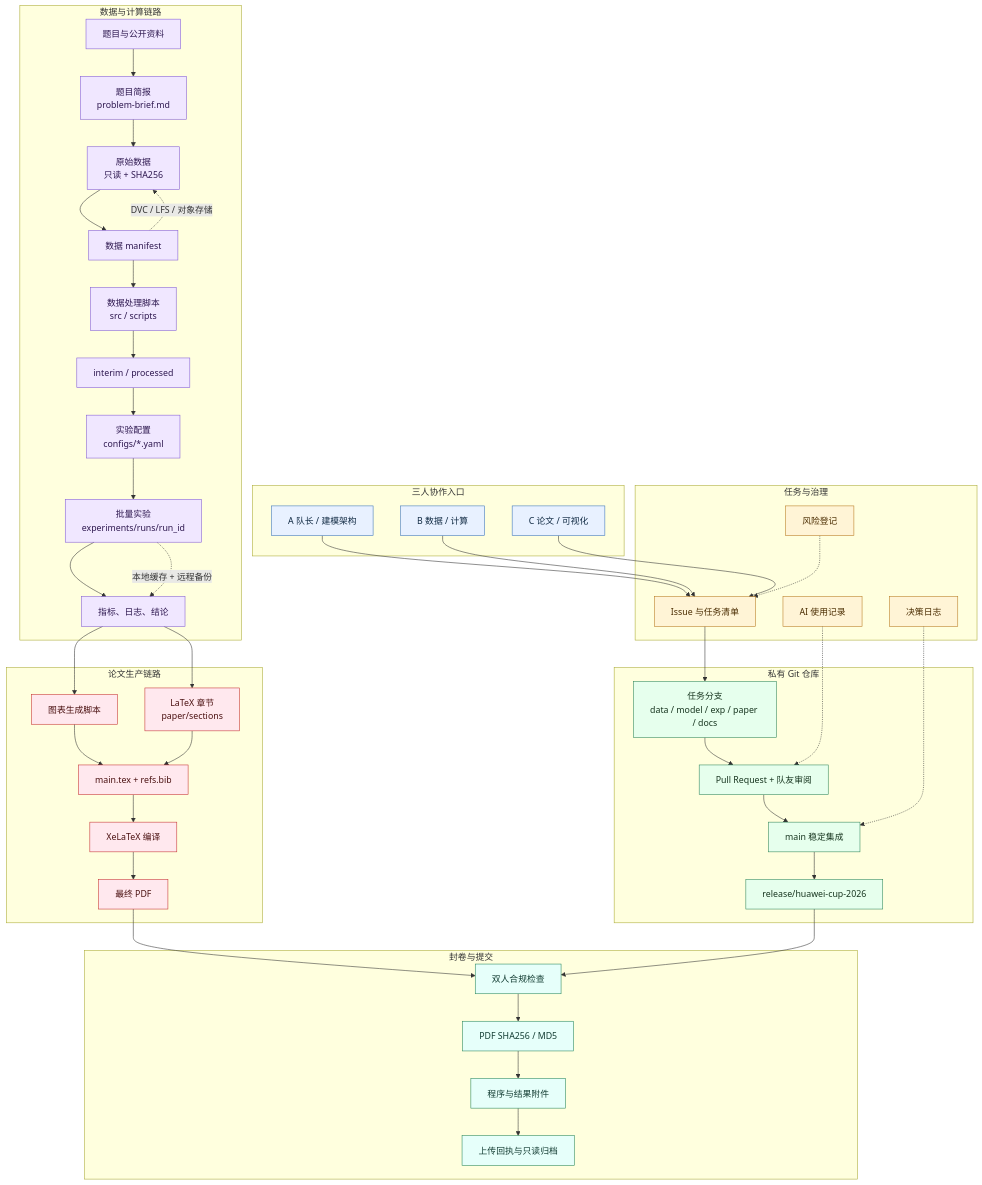
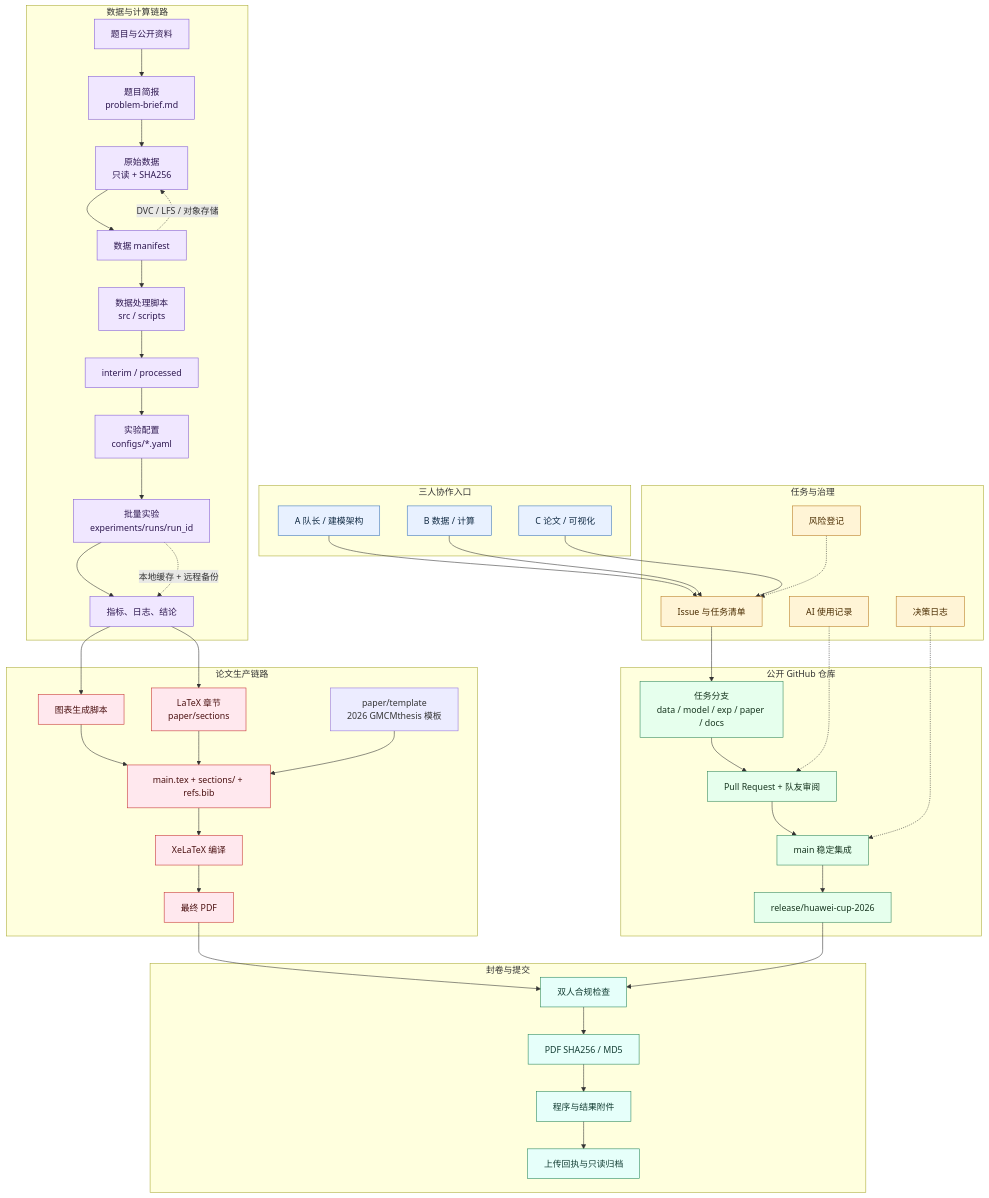
The diagram in docs/architecture-flow.mmd (2971793671-lgtm/huawei-cup-2026-team), drawn with Mermaid before and after one commit. The commit also changed 41 other files, not shown here.

Commit message:
paper: integrate 2026 Huawei Cup LaTeX template

```diff
--- a/docs/architecture-flow.mmd
+++ b/docs/architecture-flow.mmd
@@ -1,94 +1,96 @@
 flowchart TB
     subgraph TEAM[三人协作入口]
         A[A 队长 / 建模架构]
         B[B 数据 / 计算]
         C[C 论文 / 可视化]
     end
 
     subgraph CONTROL[任务与治理]
         ISSUE[Issue 与任务清单]
         DECISION[决策日志]
         AI[AI 使用记录]
         RISK[风险登记]
     end
 
-    subgraph GIT[私有 Git 仓库]
+    subgraph GIT[公开 GitHub 仓库]
         MAIN[main 稳定集成]
         BRANCH[任务分支<br/>data / model / exp / paper / docs]
         PR[Pull Request + 队友审阅]
         RELEASE[release/huawei-cup-2026]
     end
 
     subgraph DATA[数据与计算链路]
         PROBLEM[题目与公开资料]
         BRIEF[题目简报<br/>problem-brief.md]
         RAW[原始数据<br/>只读 + SHA256]
         MANIFEST[数据 manifest]
         PIPELINE[数据处理脚本<br/>src / scripts]
         CLEAN[interim / processed]
         CONFIG[实验配置<br/>configs/*.yaml]
         RUN[批量实验<br/>experiments/runs/run_id]
         METRIC[指标、日志、结论]
     end
 
     subgraph PAPER[论文生产链路]
         FIG[图表生成脚本]
         SECTIONS[LaTeX 章节<br/>paper/sections]
-        MAIN_TEX[main.tex + refs.bib]
+        MAIN_TEX[main.tex + sections/ + refs.bib]
+        TEMPLATE[paper/template<br/>2026 GMCMthesis 模板]
         XELATEX[XeLaTeX 编译]
         PDF[最终 PDF]
     end
 
     subgraph SUBMIT[封卷与提交]
         CHECK[双人合规检查]
         HASH[PDF SHA256 / MD5]
         ATTACH[程序与结果附件]
         RECEIPT[上传回执与只读归档]
     end
 
     A --> ISSUE
     B --> ISSUE
     C --> ISSUE
     ISSUE --> BRANCH
     BRANCH --> PR
     PR --> MAIN
     MAIN --> RELEASE
     DECISION -.-> MAIN
     AI -.-> PR
     RISK -.-> ISSUE
 
     PROBLEM --> BRIEF
     BRIEF --> RAW
     RAW --> MANIFEST
     MANIFEST --> PIPELINE
     PIPELINE --> CLEAN
     CLEAN --> CONFIG
     CONFIG --> RUN
     RUN --> METRIC
     METRIC --> FIG
     METRIC --> SECTIONS
     FIG --> MAIN_TEX
     SECTIONS --> MAIN_TEX
+    TEMPLATE --> MAIN_TEX
     MAIN_TEX --> XELATEX
     XELATEX --> PDF
 
     PDF --> CHECK
     RELEASE --> CHECK
     CHECK --> HASH
     HASH --> ATTACH
     ATTACH --> RECEIPT
     MANIFEST -.DVC / LFS / 对象存储.-> RAW
     RUN -.本地缓存 + 远程备份.-> METRIC
 
     classDef person fill:#e8f1ff,stroke:#3973b8,color:#102a43;
     classDef control fill:#fff4d6,stroke:#b7791f,color:#4a2c00;
     classDef repo fill:#e6ffed,stroke:#2f855a,color:#17351f;
     classDef data fill:#f0e7ff,stroke:#805ad5,color:#2d174f;
     classDef paper fill:#ffe8ee,stroke:#c53030,color:#4a1010;
     classDef submit fill:#e6fffa,stroke:#25855a,color:#123c32;
     class A,B,C person;
     class ISSUE,DECISION,AI,RISK control;
     class MAIN,BRANCH,PR,RELEASE repo;
     class PROBLEM,BRIEF,RAW,MANIFEST,PIPELINE,CLEAN,CONFIG,RUN,METRIC data;
     class FIG,SECTIONS,MAIN_TEX,XELATEX,PDF paper;
     class CHECK,HASH,ATTACH,RECEIPT submit;
```
